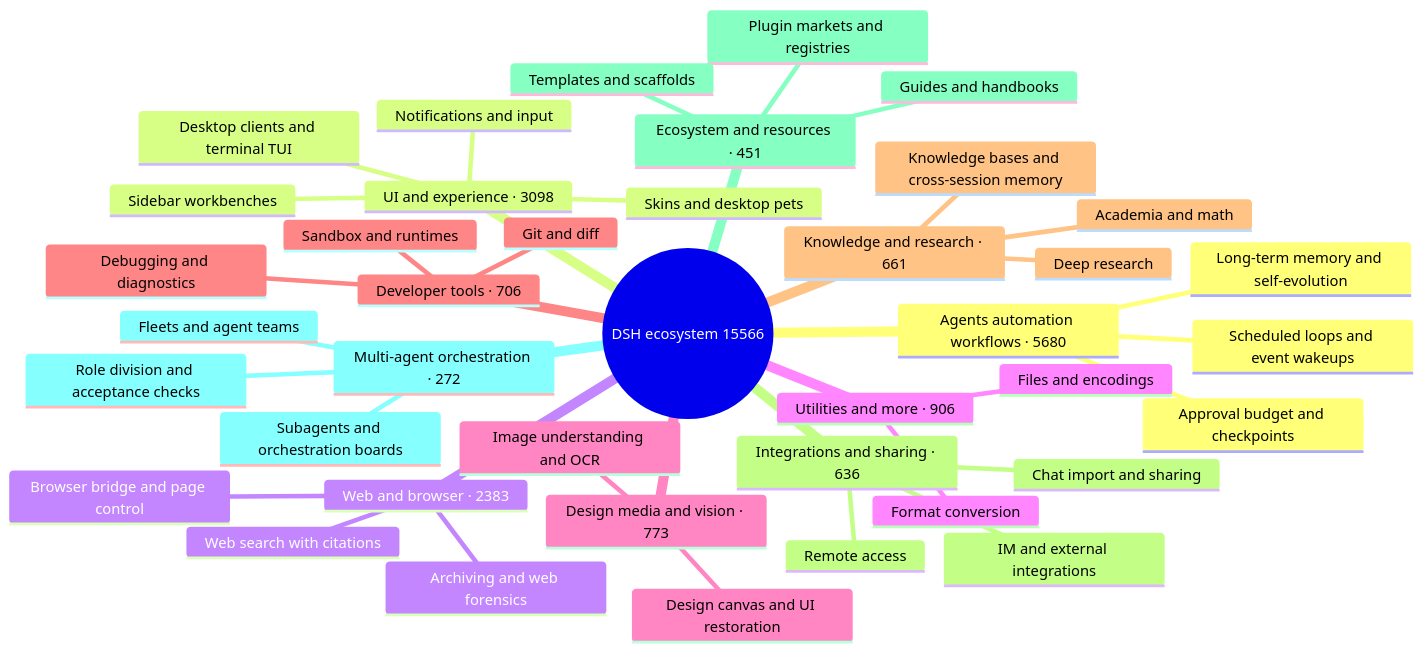
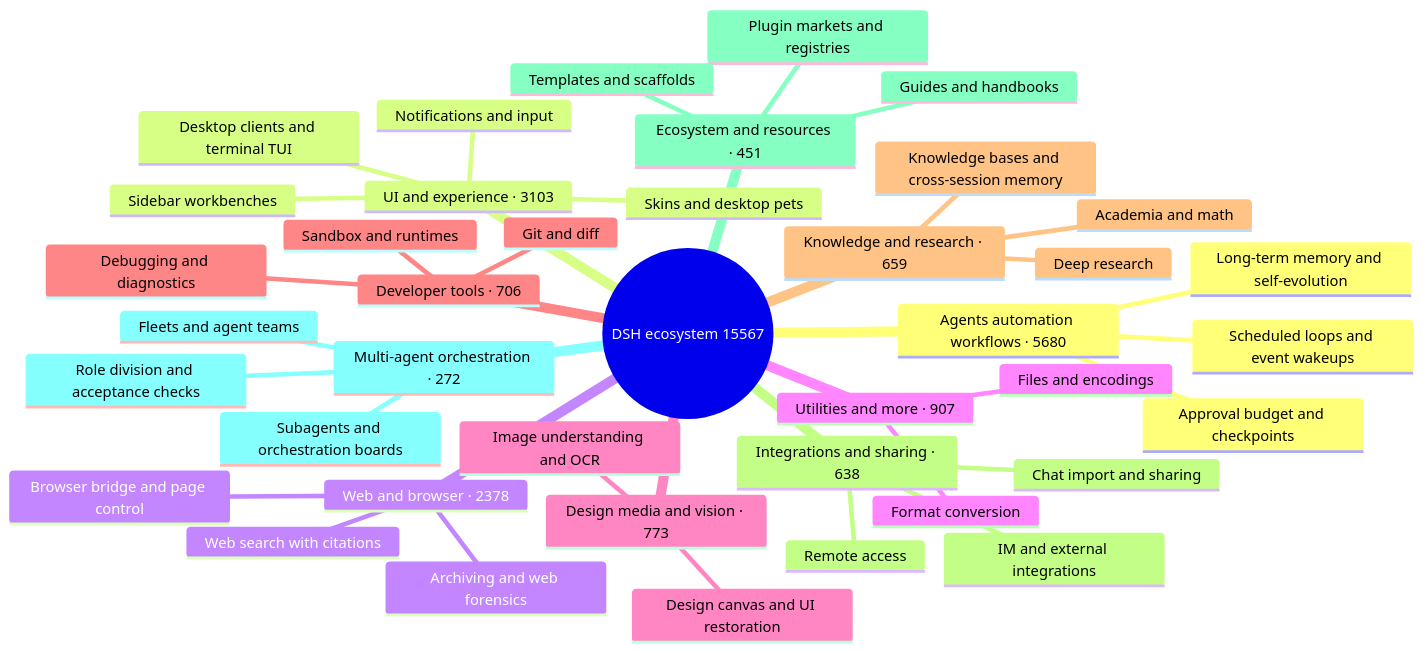
Before and after one commit to bruc3van/awesome-dsh-plugin: the diagram in README_EN.md, drawn with Mermaid. The commit also changed other lines of this file and 23 other files, not shown here.

````diff
--- a/README_EN.md
+++ b/README_EN.md
@@ -16,43 +16,43 @@
 ```mermaid
 mindmap
-  root((DSH ecosystem 15566))
+  root((DSH ecosystem 15567))
     Agents automation workflows · 5680
       Scheduled loops and event wakeups
       Long-term memory and self-evolution
       Approval budget and checkpoints
-    UI and experience · 3098
+    UI and experience · 3103
       Desktop clients and terminal TUI
       Sidebar workbenches
       Skins and desktop pets
       Notifications and input
-    Web and browser · 2383
+    Web and browser · 2378
       Browser bridge and page control
       Web search with citations
       Archiving and web forensics
-    Utilities and more · 906
+    Utilities and more · 907
       Files and encodings
       Format conversion
     Design media and vision · 773
       Image understanding and OCR
       Design canvas and UI restoration
     Developer tools · 706
       Git and diff
       Sandbox and runtimes
       Debugging and diagnostics
-    Knowledge and research · 661
+    Knowledge and research · 659
       Knowledge bases and cross-session memory
       Deep research
       Academia and math
-    Integrations and sharing · 636
+    Integrations and sharing · 638
       Chat import and sharing
       Remote access
       IM and external integrations
     Ecosystem and resources · 451
       Plugin markets and registries
       Templates and scaffolds
       Guides and handbooks
     Multi-agent orchestration · 272
       Subagents and orchestration boards
       Fleets and agent teams
       Role division and acceptance checks
 ```
````
